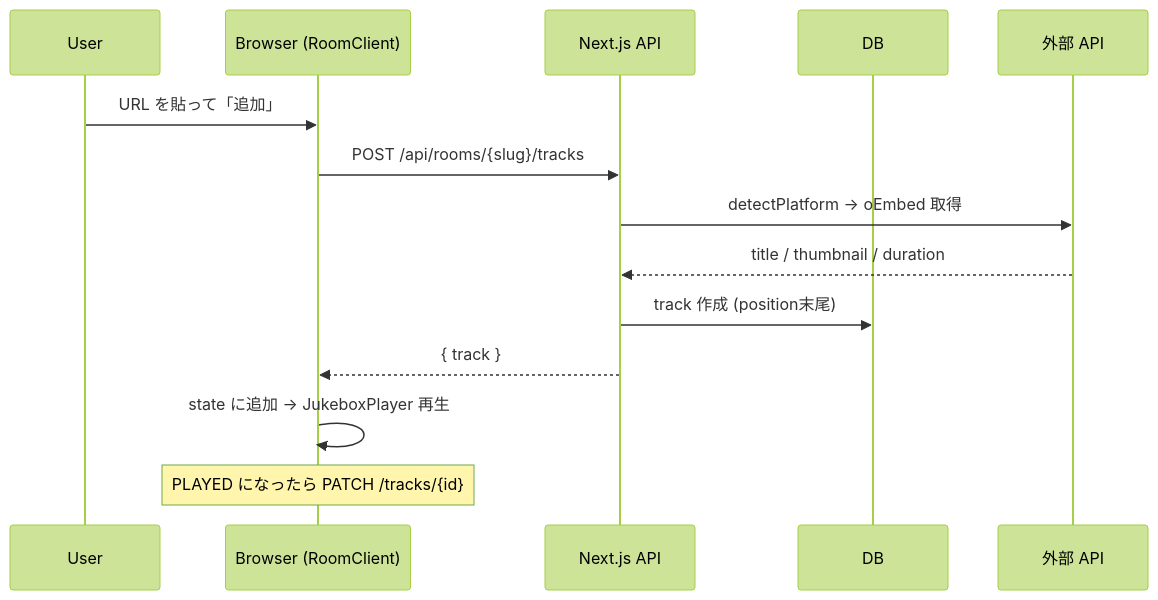
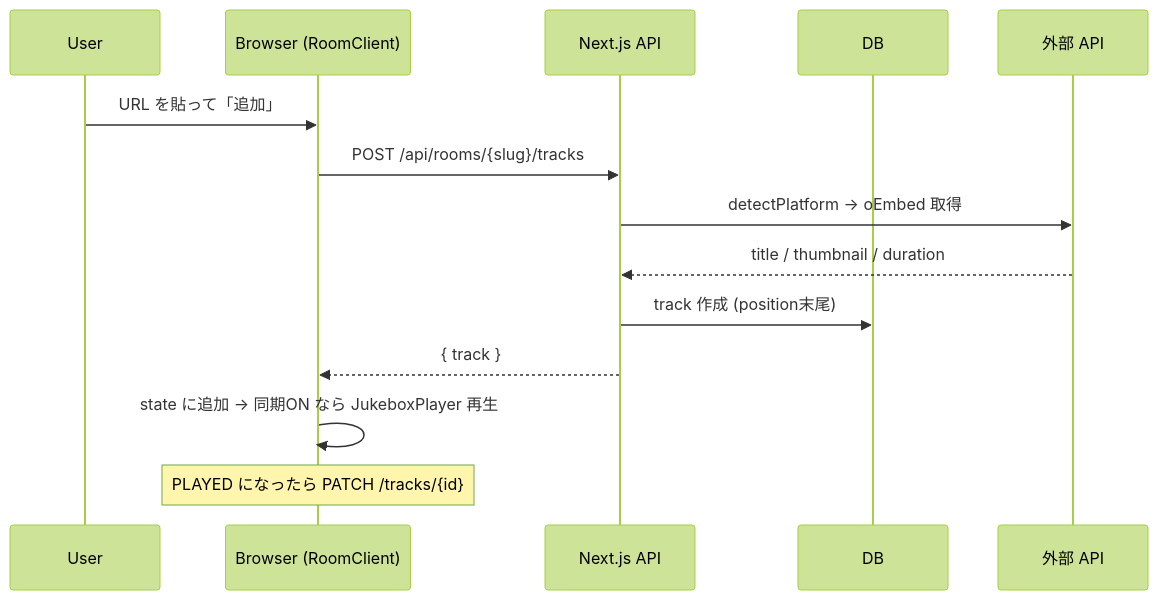
One commit to zagan-the-gun/XW-1 changed the fourth of 7 diagrams in docs/architecture.md. Above: the diagram before and after it, drawn with Mermaid (forest theme). The commit also changed other lines of this file and 14 other files, not shown here.

````diff
--- a/docs/architecture.md
+++ b/docs/architecture.md
@@ -100,17 +98,17 @@
 ```mermaid
 sequenceDiagram
     participant U as User
     participant B as Browser (RoomClient)
     participant A as Next.js API
     participant D as DB
     participant E as 外部 API
 
     U->>B: URL を貼って「追加」
     B->>A: POST /api/rooms/{slug}/tracks
     A->>E: detectPlatform → oEmbed 取得
     E-->>A: title / thumbnail / duration
     A->>D: track 作成 (position末尾)
     A-->>B: { track }
-    B->>B: state に追加 → JukeboxPlayer 再生
+    B->>B: state に追加 → 同期ON なら JukeboxPlayer 再生
     Note over B: PLAYED になったら PATCH /tracks/{id}
 ```
````
